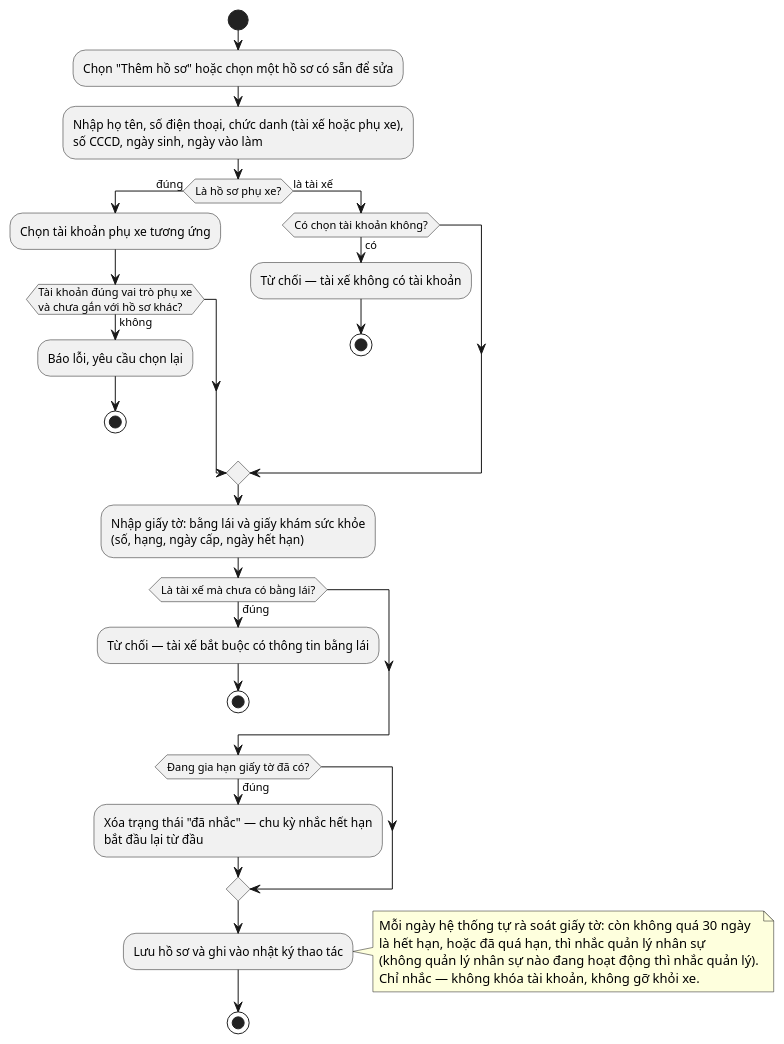
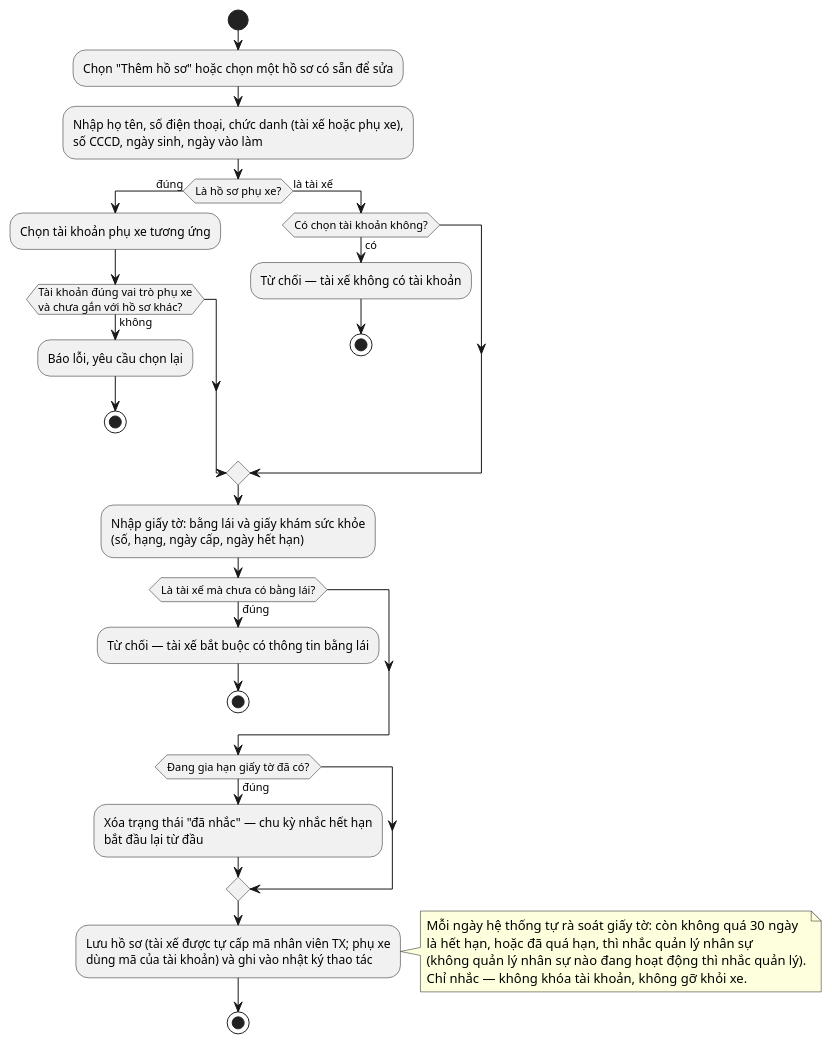
Diagram 24 of 53 in UML_DIAGRAMS.md (nguyenvietanhit19/Project1_HeThongQuanLyNhaXeKhachLienTinh), drawn with PlantUML before and after one commit. The commit also changed other lines of this file and 12 other files, not shown here.

````diff
--- a/UML_DIAGRAMS.md
+++ b/UML_DIAGRAMS.md
@@ -762,35 +762,35 @@
 ```plantuml
 @startuml AD_UC49_HoSoNhanSu
 start
 :Chọn "Thêm hồ sơ" hoặc chọn một hồ sơ có sẵn để sửa;
 :Nhập họ tên, số điện thoại, chức danh (tài xế hoặc phụ xe),\nsố CCCD, ngày sinh, ngày vào làm;
 if (Là hồ sơ phụ xe?) then (đúng)
   :Chọn tài khoản phụ xe tương ứng;
   if (Tài khoản đúng vai trò phụ xe\nvà chưa gắn với hồ sơ khác?) then (không)
     :Báo lỗi, yêu cầu chọn lại;
     stop
   endif
 else (là tài xế)
   if (Có chọn tài khoản không?) then (có)
     :Từ chối — tài xế không có tài khoản;
     stop
   endif
 endif
 :Nhập giấy tờ: bằng lái và giấy khám sức khỏe\n(số, hạng, ngày cấp, ngày hết hạn);
 if (Là tài xế mà chưa có bằng lái?) then (đúng)
   :Từ chối — tài xế bắt buộc có thông tin bằng lái;
   stop
 endif
 if (Đang gia hạn giấy tờ đã có?) then (đúng)
   :Xóa trạng thái "đã nhắc" — chu kỳ nhắc hết hạn\nbắt đầu lại từ đầu;
 endif
-:Lưu hồ sơ và ghi vào nhật ký thao tác;
+:Lưu hồ sơ (tài xế được tự cấp mã nhân viên TX; phụ xe\ndùng mã của tài khoản) và ghi vào nhật ký thao tác;
 note right
   Mỗi ngày hệ thống tự rà soát giấy tờ: còn không quá 30 ngày
   là hết hạn, hoặc đã quá hạn, thì nhắc quản lý nhân sự
   (không quản lý nhân sự nào đang hoạt động thì nhắc quản lý).
   Chỉ nhắc — không khóa tài khoản, không gỡ khỏi xe.
 end note
 stop
 @enduml
 ```
````
